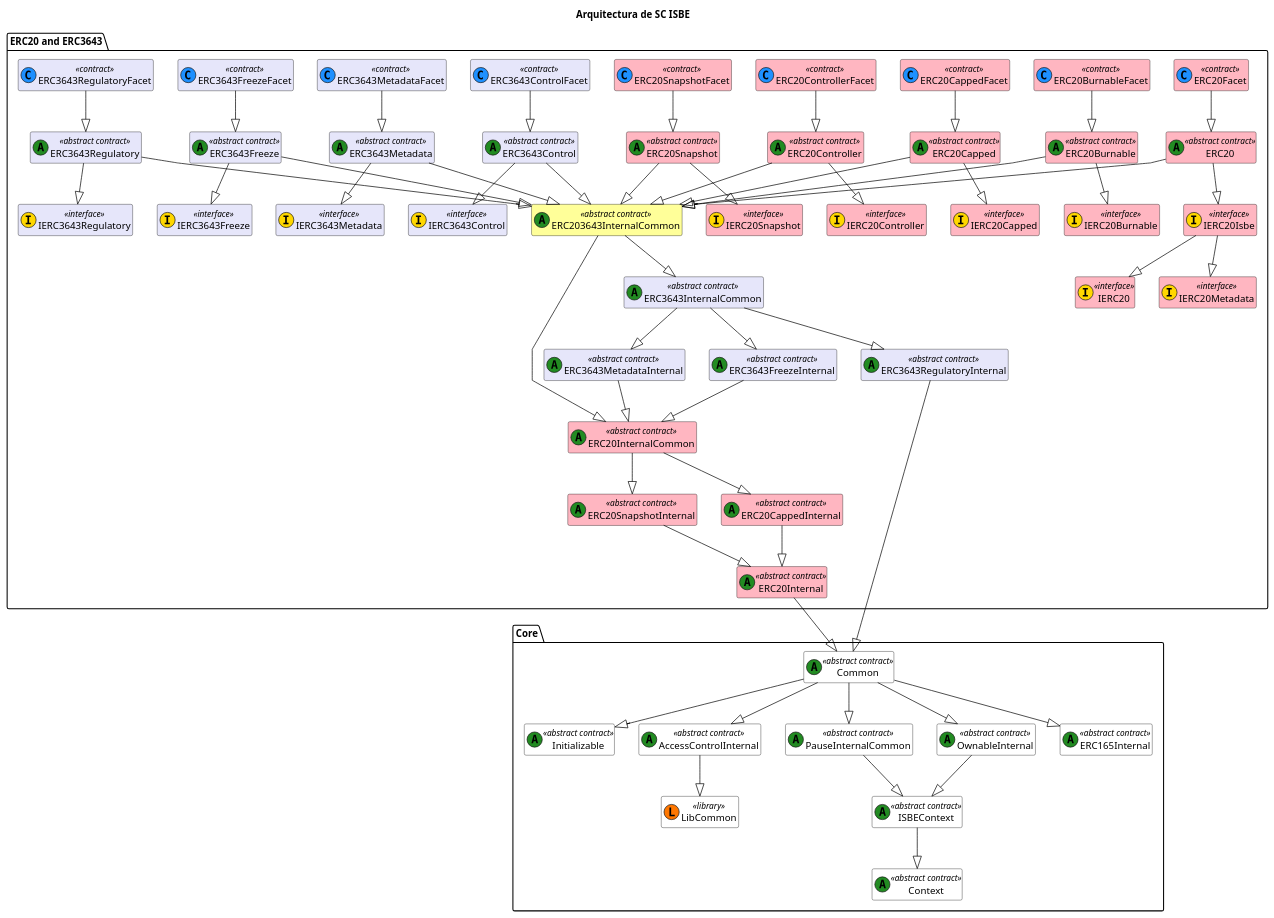
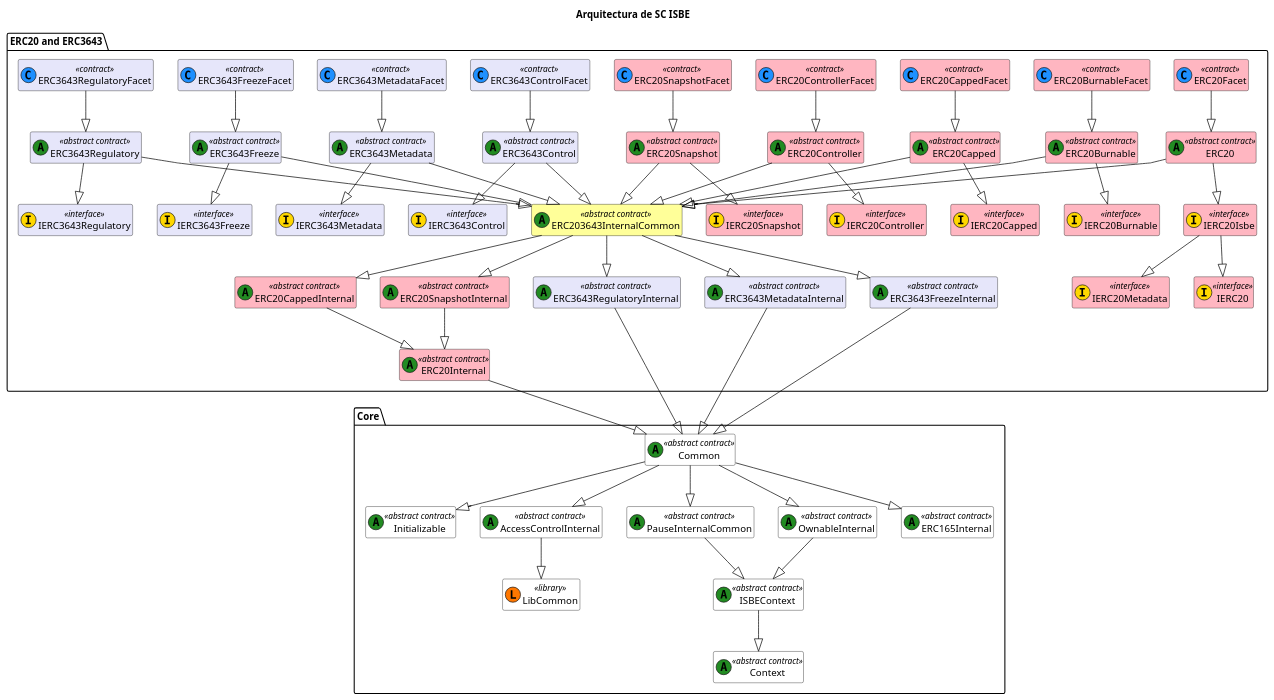
One commit to red-isbe/isbe-contracts changed the diagram in docs/diagrams/ISBE-SC-UML-Global-Functional_3.puml. Above: the diagram before and after it, drawn with PlantUML. The commit also changed 9 other files, not shown here.

```diff
--- a/docs/diagrams/ISBE-SC-UML-Global-Functional_3.puml
+++ b/docs/diagrams/ISBE-SC-UML-Global-Functional_3.puml
@@ -1,154 +1,154 @@
 @startuml
 title Arquitectura de SC ISBE
 
 skinparam class {
     BackgroundColor White
     ArrowColor Black
     BorderColor Black
 }
 skinparam linetype polyline
 hide empty members
 
 ' === CORE ===
 package "Core" {
     class Initializable <<(A,#228b22) abstract contract>>
     class Common <<(A,#228b22) abstract contract>>
     class LibCommon << (L,#FF7700) library >>
     class ISBEContext <<(A,#228b22) abstract contract>>
     class AccessControlInternal <<(A,#228b22) abstract contract>> 
     class PauseInternalCommon <<(A,#228b22) abstract contract>> 
     class OwnableInternal <<(A,#228b22) abstract contract>> 
     class ERC165Internal <<(A,#228b22) abstract contract>>
     class Context <<(A,#228b22) abstract contract>>
 
     Common --|> Initializable
     Common --|> ERC165Internal
     Common --|> AccessControlInternal
     Common --|> OwnableInternal
     Common --|> PauseInternalCommon
     PauseInternalCommon --|> ISBEContext
     OwnableInternal --|> ISBEContext
     ISBEContext --|> Context
     AccessControlInternal --|> LibCommon
 }
 
 
 
 
 ' === ERC20 and ERC3643 ===
 package "ERC20 and ERC3643" {
     class IERC20 <<(I,#FFD700) interface>> #FFB6C1
     class IERC20Metadata <<(I,#FFD700) interface>> #FFB6C1
     class IERC20Isbe <<(I,#FFD700) interface>> #FFB6C1
     class IERC20Burnable <<(I,#FFD700) interface>> #FFB6C1
     class IERC20Capped <<(I,#FFD700) interface>> #FFB6C1
     class IERC20Controller <<(I,#FFD700) interface>> #FFB6C1
     class IERC20Snapshot <<(I,#FFD700) interface>> #FFB6C1
 
     class ERC20 <<(A,#228B22) abstract contract>> #FFB6C1
     class ERC20Facet <<(C,#1E90FF) contract>> #FFB6C1
     class ERC20Internal <<(A,#228B22) abstract contract>> #FFB6C1
-    class ERC20InternalCommon <<(A,#228B22) abstract contract>> #FFB6C1
 
     class ERC20Burnable <<(A,#228B22) abstract contract>> #FFB6C1
     class ERC20BurnableFacet <<(C,#1E90FF) contract>> #FFB6C1
 
     class ERC20Capped <<(A,#228B22) abstract contract>> #FFB6C1
     class ERC20CappedFacet <<(C,#1E90FF) contract>> #FFB6C1
     class ERC20CappedInternal <<(A,#228B22) abstract contract>> #FFB6C1
 
     class ERC20Controller <<(A,#228B22) abstract contract>> #FFB6C1
     class ERC20ControllerFacet <<(C,#1E90FF) contract>> #FFB6C1
 
     class ERC20Snapshot <<(A,#228B22) abstract contract>> #FFB6C1
     class ERC20SnapshotFacet <<(C,#1E90FF) contract>> #FFB6C1
     class ERC20SnapshotInternal <<(A,#228B22) abstract contract>> #FFB6C1
 
     ERC20 --|> IERC20Isbe
     IERC20Isbe --|> IERC20
     IERC20Isbe --|> IERC20Metadata
     
-    ERC20InternalCommon --|> ERC20SnapshotInternal
-    ERC20InternalCommon --|> ERC20CappedInternal
+  
     ERC20Internal --|> Common
     ERC20Facet --|> ERC20
 
     ERC20Burnable --|> IERC20Burnable
     ERC20BurnableFacet --|> ERC20Burnable
 
     ERC20Capped --|> IERC20Capped
     ERC20CappedFacet --|> ERC20Capped
     ERC20CappedInternal --|> ERC20Internal
 
     ERC20Controller --|> IERC20Controller
     ERC20ControllerFacet --|> ERC20Controller
 
     ERC20Snapshot --|> IERC20Snapshot
     ERC20SnapshotFacet --|> ERC20Snapshot
     ERC20SnapshotInternal --|> ERC20Internal
 
-
-    class ERC3643InternalCommon <<(A,#228B22) abstract contract>> #E6E6FA
-
      ' --- Control ---
     class IERC3643Control <<(I,#FFD700) interface>> #E6E6FA
     class ERC3643Control <<(A,#228B22) abstract contract>> #E6E6FA
     class ERC3643ControlFacet <<(C,#1E90FF) contract>> #E6E6FA
 
     ERC3643ControlFacet --|> ERC3643Control
     ERC3643Control --|> IERC3643Control 
 
     ' --- Metadata ---
     class IERC3643Metadata <<(I,#FFD700) interface>> #E6E6FA
     class ERC3643MetadataInternal <<(A,#228B22) abstract contract>> #E6E6FA
     class ERC3643Metadata <<(A,#228B22) abstract contract>> #E6E6FA
     class ERC3643MetadataFacet <<(C,#1E90FF) contract>> #E6E6FA
 
     ERC3643MetadataFacet --|> ERC3643Metadata 
     ERC3643Metadata --|> IERC3643Metadata   
-    ERC3643InternalCommon --|> ERC3643MetadataInternal 
-    ERC3643MetadataInternal --|> ERC20InternalCommon 
+    ERC3643MetadataInternal --|> Common 
 
 
     ' --- Freeze ---
     class IERC3643Freeze <<(I,#FFD700) interface>> #E6E6FA
     class ERC3643FreezeInternal <<(A,#228B22) abstract contract>> #E6E6FA
     class ERC3643Freeze <<(A,#228B22) abstract contract>> #E6E6FA
     class ERC3643FreezeFacet <<(C,#1E90FF) contract>> #E6E6FA
 
     ERC3643FreezeFacet --|> ERC3643Freeze
     ERC3643Freeze --|> IERC3643Freeze  
-    ERC3643InternalCommon --|> ERC3643FreezeInternal
-    ERC3643FreezeInternal --|> ERC20InternalCommon 
+    ERC3643FreezeInternal --|> Common 
     
     ' --- Regulatory Infrastructure ---
     class IERC3643Regulatory <<(I,#FFD700) interface>> #E6E6FA
     class ERC3643RegulatoryInternal <<(A,#228B22) abstract contract>> #E6E6FA
     class ERC3643Regulatory <<(A,#228B22) abstract contract>> #E6E6FA
     class ERC3643RegulatoryFacet <<(C,#1E90FF) contract>> #E6E6FA
     
     ERC3643RegulatoryFacet --|> ERC3643Regulatory
     ERC3643Regulatory --|> IERC3643Regulatory   
-    ERC3643InternalCommon --|> ERC3643RegulatoryInternal
     ERC3643RegulatoryInternal --|> Common
 
     
 
     ' --- ERC203643 Internal Common ---
     class ERC203643InternalCommon <<(A,#228B22) abstract contract>> #FFFF99
-    ERC203643InternalCommon --|> ERC3643InternalCommon
-    ERC203643InternalCommon --|> ERC20InternalCommon
+    ERC203643InternalCommon --|> ERC20SnapshotInternal
+    ERC203643InternalCommon --|> ERC20CappedInternal
+
+    ERC203643InternalCommon --|> ERC3643RegulatoryInternal
+    ERC203643InternalCommon --|> ERC3643FreezeInternal
+    ERC203643InternalCommon --|> ERC3643MetadataInternal 
+
+
+
+
     
     ERC3643Control --|> ERC203643InternalCommon
     ERC3643Metadata --|> ERC203643InternalCommon
     ERC3643Regulatory --|> ERC203643InternalCommon
     ERC3643Freeze --|> ERC203643InternalCommon
 
     ERC20 --|> ERC203643InternalCommon
     ERC20Burnable --|> ERC203643InternalCommon
     ERC20Capped --|> ERC203643InternalCommon
     ERC20Controller --|> ERC203643InternalCommon
     ERC20Snapshot --|> ERC203643InternalCommon
 
 }
 @enduml
```
